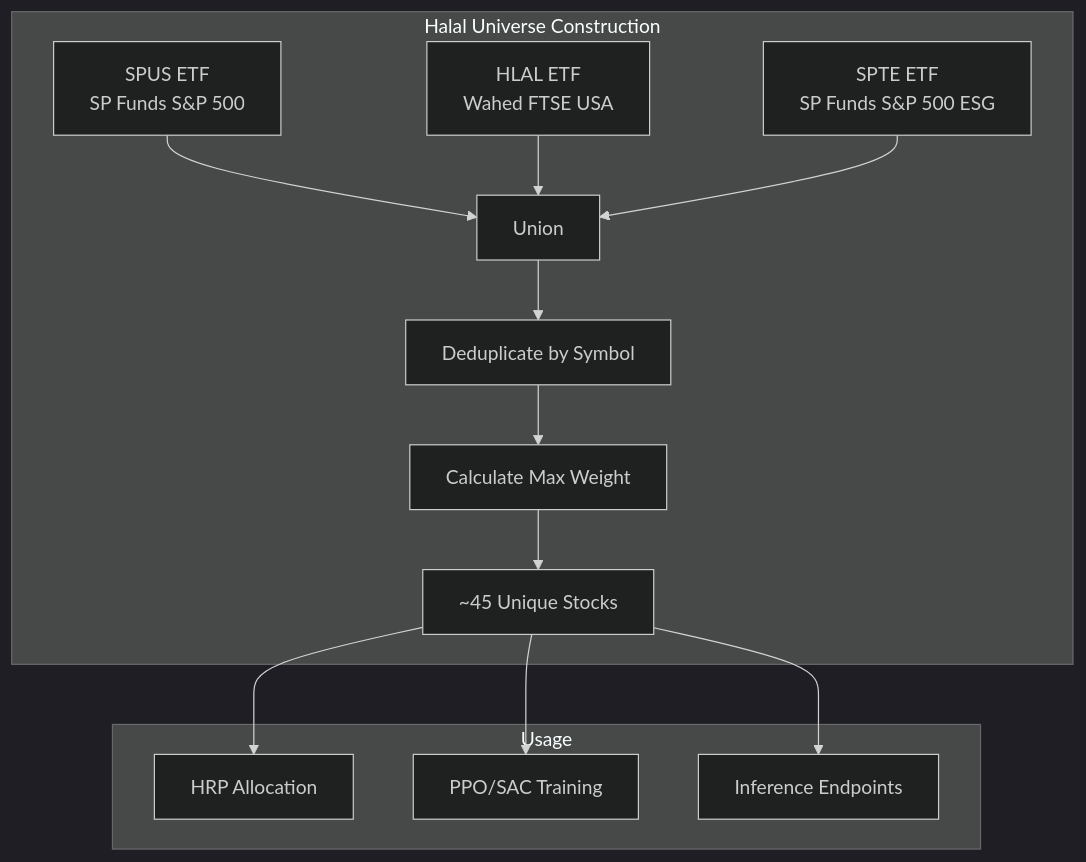
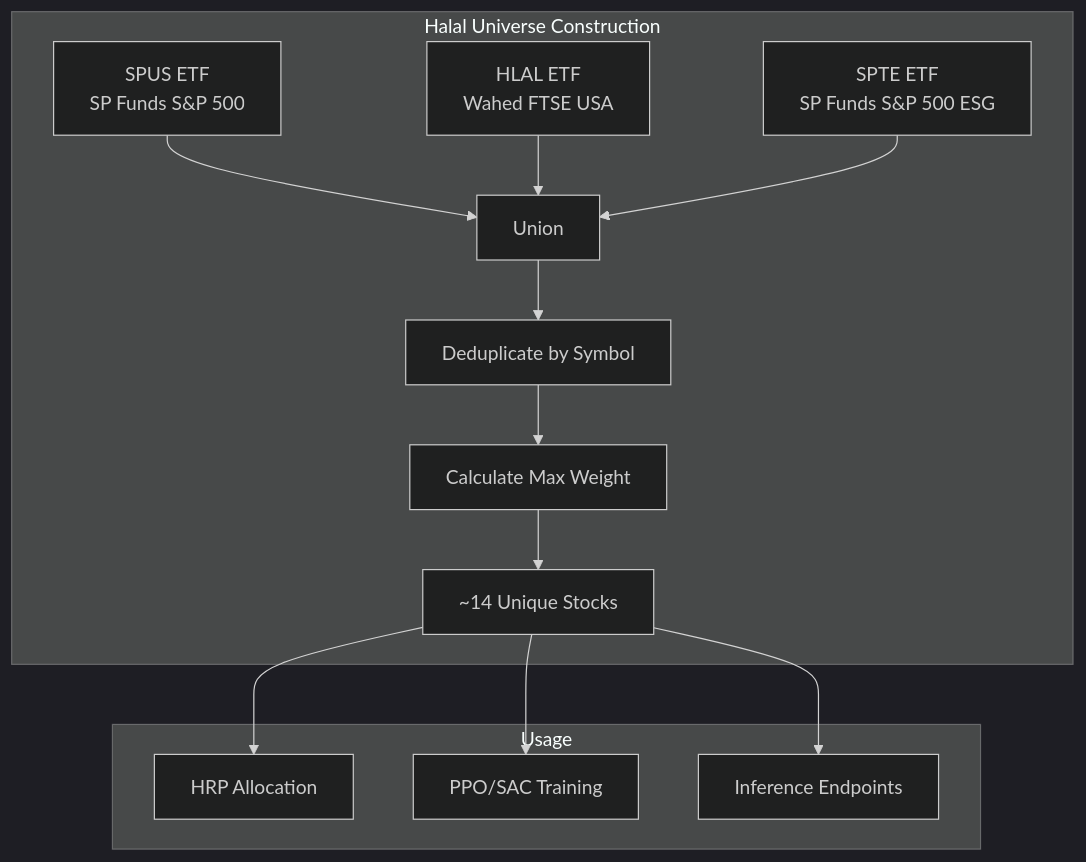
One commit to hajirazin/LearnFinance-2025 changed the second of 2 diagrams in brain_api/docs/flow_diagrams/universe.md. Above: the diagram before and after it, drawn with Mermaid (dark theme). The commit also changed 21 other files, not shown here.

````diff
--- a/brain_api/docs/flow_diagrams/universe.md
+++ b/brain_api/docs/flow_diagrams/universe.md
@@ -87,18 +87,18 @@
 ```mermaid
 flowchart TB
     subgraph "Halal Universe Construction"
         A[SPUS ETF<br/>SP Funds S&P 500] --> D[Union]
         B[HLAL ETF<br/>Wahed FTSE USA] --> D
         C[SPTE ETF<br/>SP Funds S&P 500 ESG] --> D
         
         D --> E[Deduplicate by Symbol]
         E --> F[Calculate Max Weight]
-        F --> G[~45 Unique Stocks]
+        F --> G[~14 Unique Stocks]
     end
     
     subgraph "Usage"
         G --> H[HRP Allocation]
         G --> I[PPO/SAC Training]
         G --> J[Inference Endpoints]
     end
 ```
````
